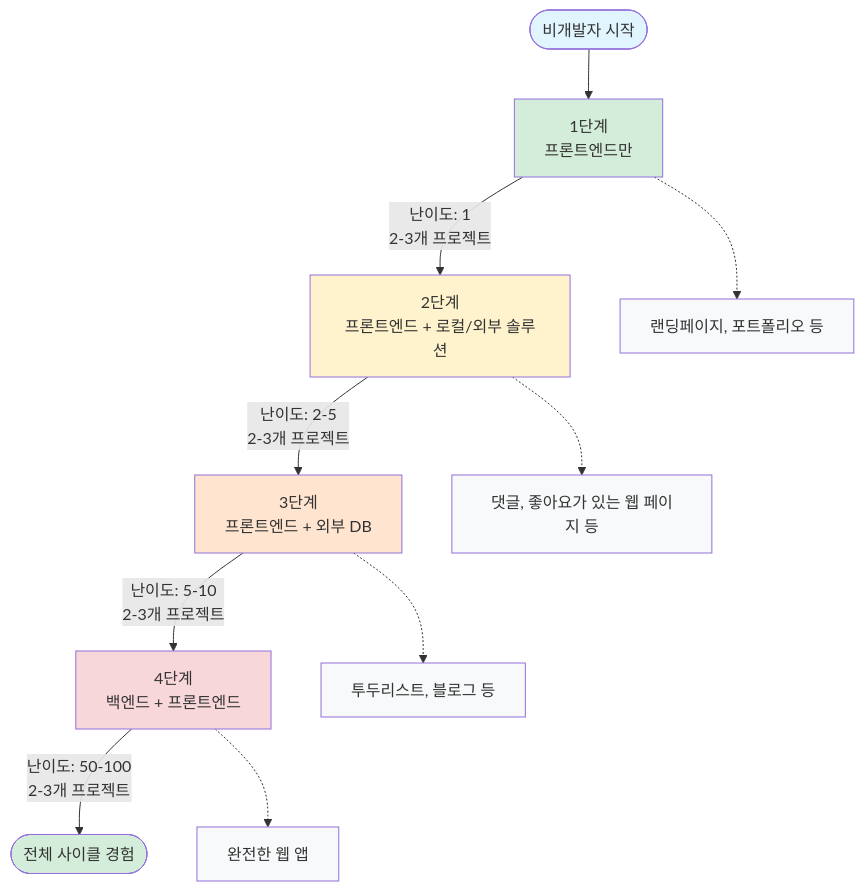
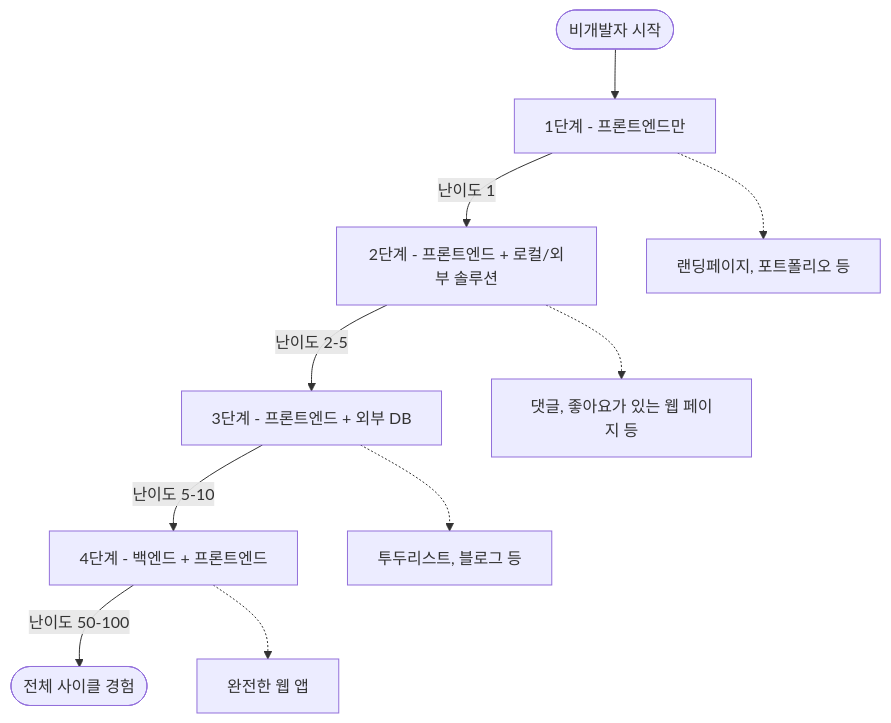
The fifth of 6 diagrams in _md/essentials-vibecoding/chapter01/01-1.md (nugurejeil/weniVooks), drawn with Mermaid before and after one commit. The commit also changed other lines of this file and 133 other files, not shown here.

````diff
--- a/_md/essentials-vibecoding/chapter01/01-1.md
+++ b/_md/essentials-vibecoding/chapter01/01-1.md
@@ -103,29 +168,17 @@
 ```mermaid
 graph TD
-    Start([비개발자 시작]) --> Stage1[1단계<br/>프론트엔드만]
+    Start(["비개발자 시작"]) --> Stage1["1단계 - 프론트엔드만"]
 
-    Stage1 --> |난이도: 1<br/>2-3개 프로젝트| Stage2[2단계<br/>프론트엔드 + 로컬/외부 솔루션]
+    Stage1 --> |"난이도 1"| Stage2["2단계 - 프론트엔드 + 로컬/외부 솔루션"]
 
-    Stage2 --> |난이도: 2-5<br/>2-3개 프로젝트| Stage3[3단계<br/>프론트엔드 + 외부 DB]
+    Stage2 --> |"난이도 2-5"| Stage3["3단계 - 프론트엔드 + 외부 DB"]
 
-    Stage3 --> |난이도: 5-10<br/>2-3개 프로젝트| Stage4[4단계<br/>백엔드 + 프론트엔드]
+    Stage3 --> |"난이도 5-10"| Stage4["4단계 - 백엔드 + 프론트엔드"]
 
-    Stage4 --> |난이도: 50-100<br/>2-3개 프로젝트| End([전체 사이클 경험])
+    Stage4 --> |"난이도 50-100"| End(["전체 사이클 경험"])
 
     Stage1 -.-> S1Detail["랜딩페이지, 포트폴리오 등"]
     Stage2 -.-> S2Detail["댓글, 좋아요가 있는 웹 페이지 등"]
     Stage3 -.-> S3Detail["투두리스트, 블로그 등"]
     Stage4 -.-> S4Detail["완전한 웹 앱"]
-
-    style Start fill:#e1f5ff
-    style Stage1 fill:#d4edda
-    style Stage2 fill:#fff3cd
-    style Stage3 fill:#ffe5d0
-    style Stage4 fill:#f8d7da
-    style End fill:#d4edda
-
-    style S1Detail fill:#f8f9fa
-    style S2Detail fill:#f8f9fa
-    style S3Detail fill:#f8f9fa
-    style S4Detail fill:#f8f9fa
 ```
````
